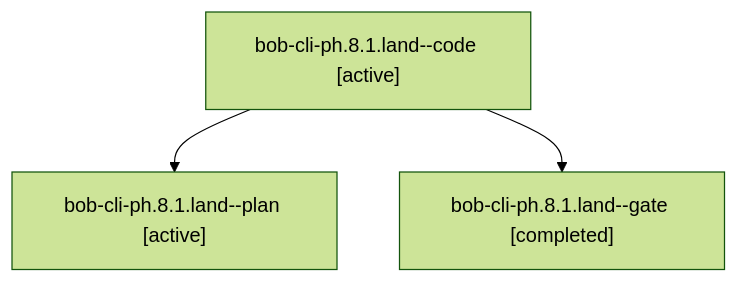
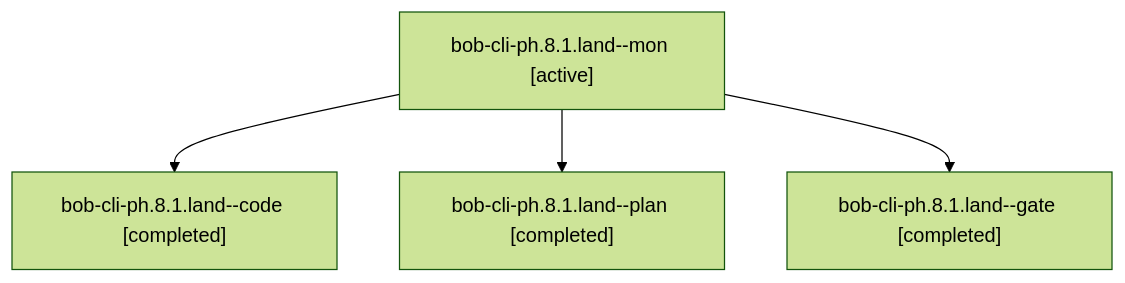
The diagram in sessions/bbugyi200.apollo.bob-cli-ph.8.1.land.md (bobs-org/bob-cli--agents), drawn with Mermaid (forest theme) before and after one commit. The commit also changed other lines of this file and 183 other files, not shown here.

````diff
--- a/sessions/bbugyi200.apollo.bob-cli-ph.8.1.land.md
+++ b/sessions/bbugyi200.apollo.bob-cli-ph.8.1.land.md
@@ -9,8 +9,10 @@
 ```mermaid
 flowchart TD
-  n0["bob-cli-ph.8.1.land--code [active]"]
-  n1["bob-cli-ph.8.1.land--plan [active]"]
+  n0["bob-cli-ph.8.1.land--mon [active]"]
+  n1["bob-cli-ph.8.1.land--code [completed]"]
   n0 --> n1
-  n2["bob-cli-ph.8.1.land--gate [completed]"]
+  n2["bob-cli-ph.8.1.land--plan [completed]"]
   n0 --> n2
+  n3["bob-cli-ph.8.1.land--gate [completed]"]
+  n0 --> n3
 ```
````
